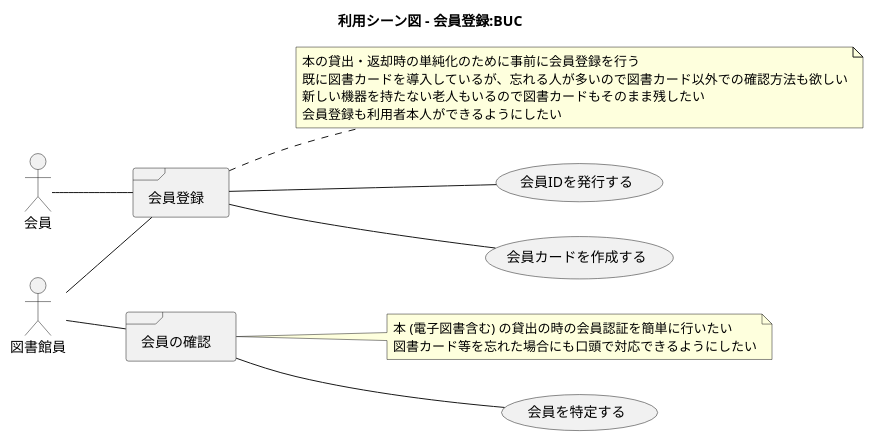
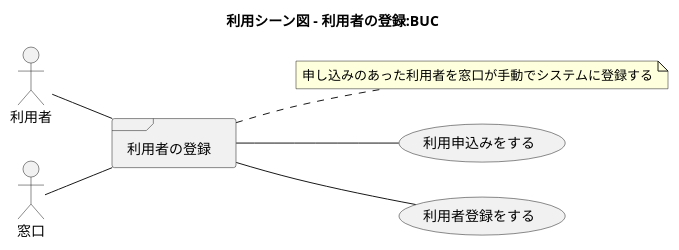
One commit to k2works/case-study-mrs changed the seventh of 15 diagrams in docs/index.adoc. Above: the diagram before and after it, drawn with PlantUML. The commit also changed other lines of this file, not shown here.

```diff
--- a/docs/index.adoc
+++ b/docs/index.adoc
@@ -244,39 +218,26 @@
 [plantuml]
 ----
 @startuml
 
-title 利用シーン図 - 会員登録:BUC
+title 利用シーン図 - 利用者の登録:BUC
 
 left to right direction
 
-actor 会員
-actor 図書館員
+actor 利用者
+actor 窓口
 
-frame 会員登録
-note right of 会員登録
-  本の貸出・返却時の単純化のために事前に会員登録を行う
-  既に図書カードを導入しているが、忘れる人が多いので図書カード以外での確認方法も欲しい
-  新しい機器を持たない老人もいるので図書カードもそのまま残したい
-  会員登録も利用者本人ができるようにしたい
+frame 利用者の登録
+note right of 利用者の登録
+ 申し込みのあった利用者を窓口が手動でシステムに登録する
 end note
 
-frame 会員の確認
-note right of 会員の確認
-  本 (電子図書含む) の貸出の時の会員認証を簡単に行いたい
-  図書カード等を忘れた場合にも口頭で対応できるようにしたい
-end note
+usecase 利用申込みをする
+usecase 利用者登録をする
 
-usecase 会員IDを発行する
-usecase 会員カードを作成する
-usecase 会員を特定する
-
-:会員: -- 会員登録
-:図書館員: -- 会員登録
-会員登録 -- (会員IDを発行する)
-会員登録 -- (会員カードを作成する)
-
-:図書館員: -- 会員の確認
-会員の確認 -- (会員を特定する)
+:利用者: -- 利用者の登録
+:窓口: -- 利用者の登録
+利用者の登録 -- (利用申込みをする)
+利用者の登録 -- (利用者登録をする)
 
 @enduml
 ----
```
